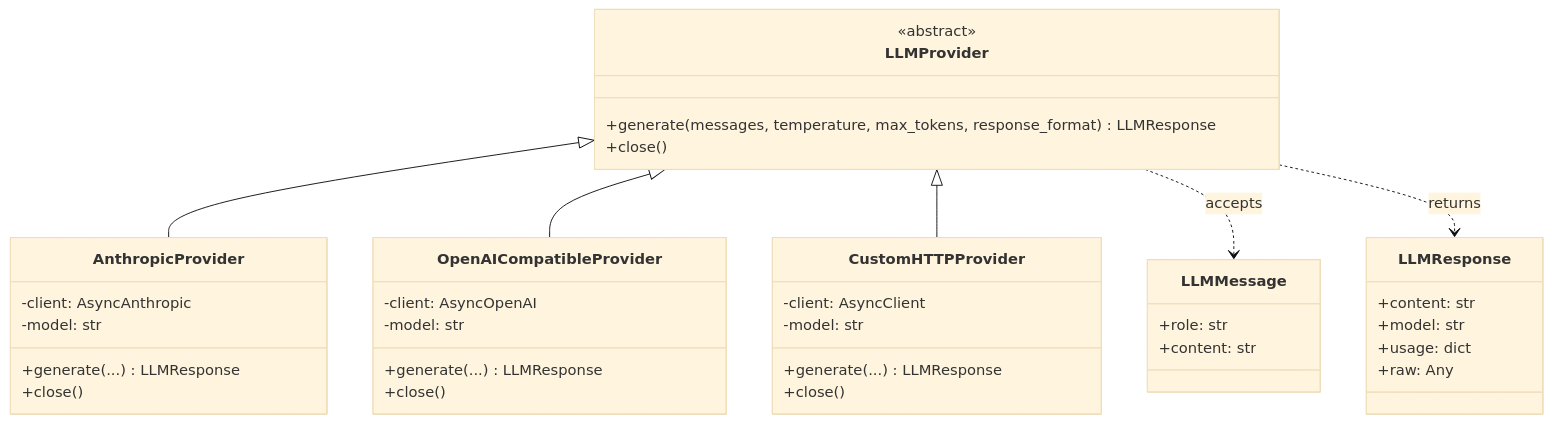
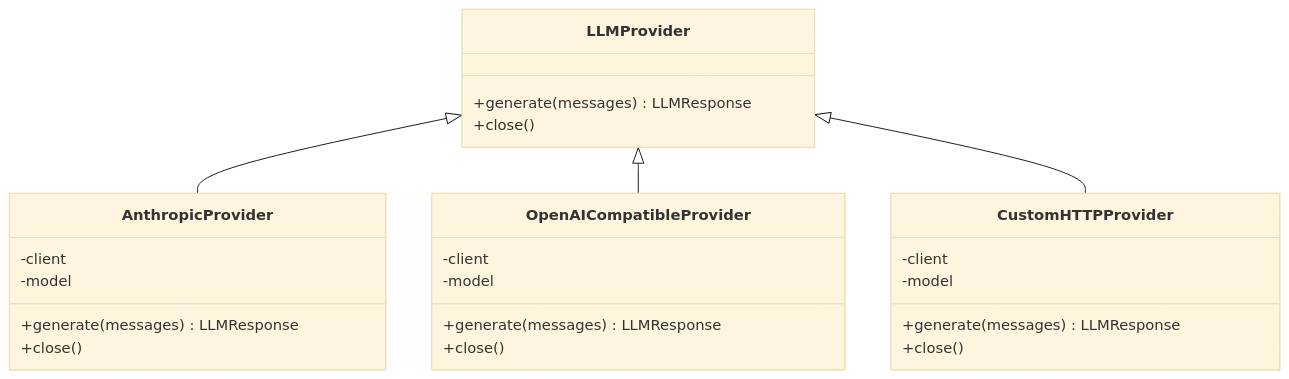
The third of 7 diagrams in pr_review_agent/sw360_review_agent/ARCHITECTURE.md (bibhuti230185/AI-learning), drawn with Mermaid (base theme) before and after one commit. The commit also changed other lines of this file and 19 other files, not shown here.

Commit message:
feat(pr-review): add rules loader and improve review flow

````diff
--- a/pr_review_agent/sw360_review_agent/ARCHITECTURE.md
+++ b/pr_review_agent/sw360_review_agent/ARCHITECTURE.md
@@ -64,47 +46,32 @@
 ```mermaid
 classDiagram
     class LLMProvider {
-        <<abstract>>
-        +generate(messages, temperature, max_tokens, response_format) LLMResponse
+        +generate(messages) LLMResponse
         +close()
     }
 
     class AnthropicProvider {
-        -client: AsyncAnthropic
-        -model: str
-        +generate(...) LLMResponse
+        -client
+        -model
+        +generate(messages) LLMResponse
         +close()
     }
 
     class OpenAICompatibleProvider {
-        -client: AsyncOpenAI
-        -model: str
-        +generate(...) LLMResponse
+        -client
+        -model
+        +generate(messages) LLMResponse
         +close()
     }
 
     class CustomHTTPProvider {
-        -client: AsyncClient
-        -model: str
-        +generate(...) LLMResponse
+        -client
+        -model
+        +generate(messages) LLMResponse
         +close()
-    }
-
-    class LLMMessage {
-        +role: str
-        +content: str
-    }
-
-    class LLMResponse {
-        +content: str
-        +model: str
-        +usage: dict
-        +raw: Any
     }
 
     LLMProvider <|-- AnthropicProvider
     LLMProvider <|-- OpenAICompatibleProvider
     LLMProvider <|-- CustomHTTPProvider
-    LLMProvider ..> LLMMessage : accepts
-    LLMProvider ..> LLMResponse : returns
 ```
````
